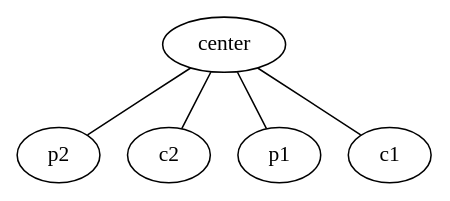
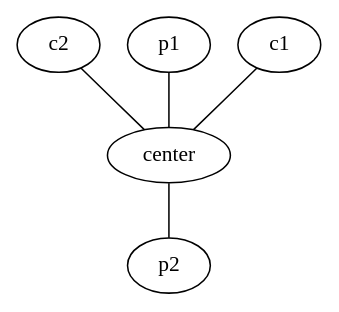
One commit to artiste-qb-net/quantum-fog changed the diagram in ExamplesC/tempo1.dot. Above: the diagram before and after it, drawn with Graphviz. The commit also changed 89 other files, not shown here.

```diff
--- a/ExamplesC/tempo1.dot
+++ b/ExamplesC/tempo1.dot
@@ -1,11 +1,11 @@
 strict graph G {
-center;
-p2;
 c2;
 p1;
 c1;
+center;
+p2;
+c2 -- center;
+p1 -- center;
+c1 -- center;
 center -- p2;
-center -- c2;
-center -- p1;
-center -- c1;
 }
```
